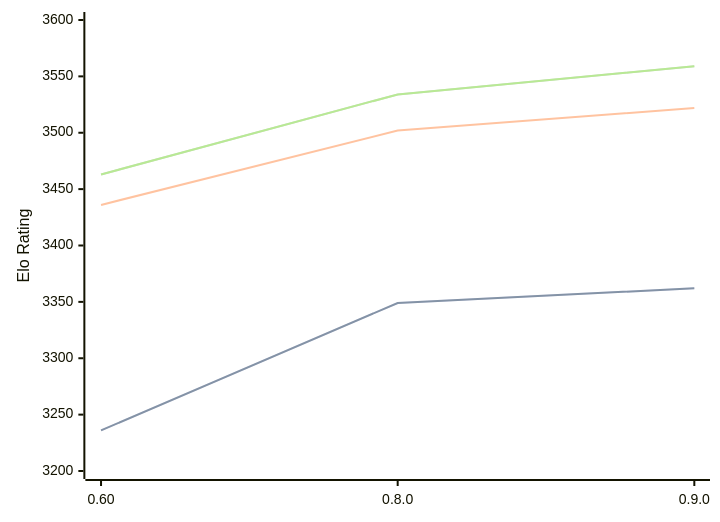
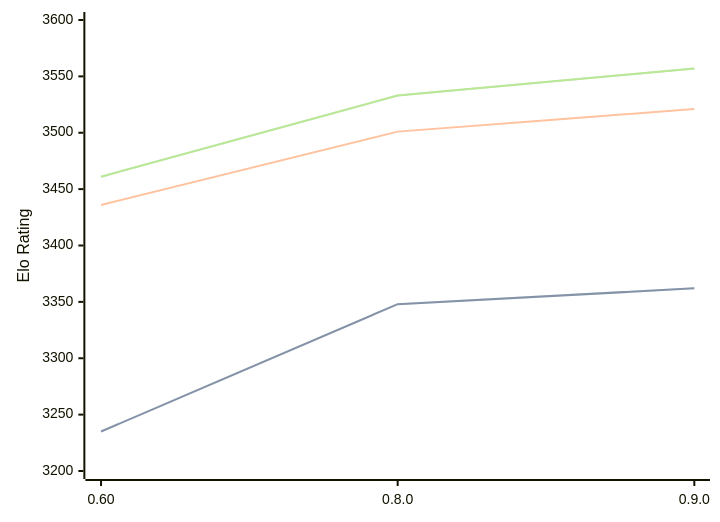
One commit to computer-chess-index/cci changed the diagram in engines/Motor.md. Above: the diagram before and after it, drawn with Mermaid. The commit also changed other lines of this file, not shown here.

Commit message:
Update CCI Ratings (ELO VLTC) - 2026-03-30

````diff
--- a/engines/Motor.md
+++ b/engines/Motor.md
@@ -39,11 +39,11 @@
 ```mermaid
 %%{init: {"theme":"base","themeVariables":{"seriesColors:['#a3a3a3','#222221','#faa371']}}}%%
 xychart-beta
   x-axis ["0.60", "0.8.0", "0.9.0"]
   y-axis "Elo Rating" 3200 --> 3600
-  line "STC (8.0+0.08s)" [3236, 3349, 3362]
-  line "STC (8.0+0.08s)" [3236, 3349, 3362]
-  line "LTC (60.0+0.60s)" [3436, 3502, 3522]
-  line "VLTC (2m24s+1.12s)" [3463, 3534, 3559]
-  line "VLTC (2m24s+1.12s)" [3463, 3534, 3559]
+  line "STC (8.0+0.08s)" [3235, 3348, 3362]
+  line "STC (8.0+0.08s)" [3235, 3348, 3362]
+  line "LTC (60.0+0.60s)" [3436, 3501, 3521]
+  line "VLTC (2m24s+1.12s)" [3461, 3533, 3557]
+  line "VLTC (2m24s+1.12s)" [3461, 3533, 3557]
 ```
````
